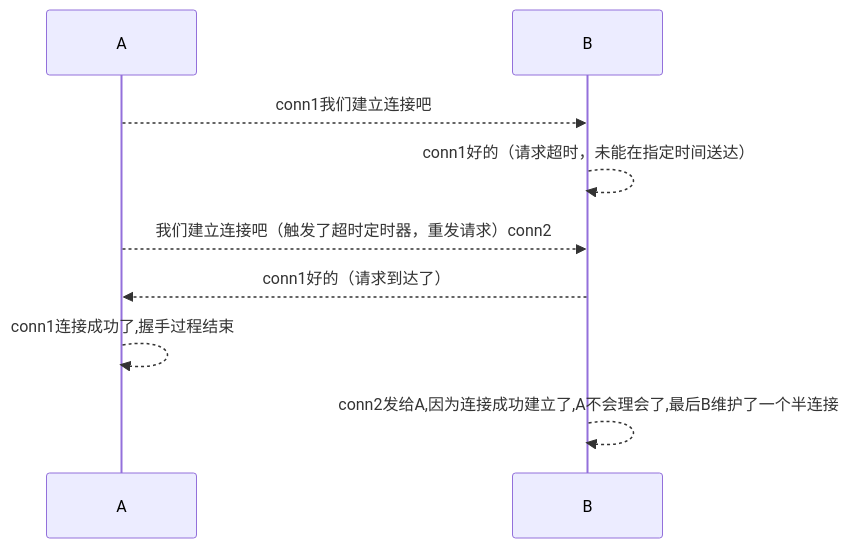
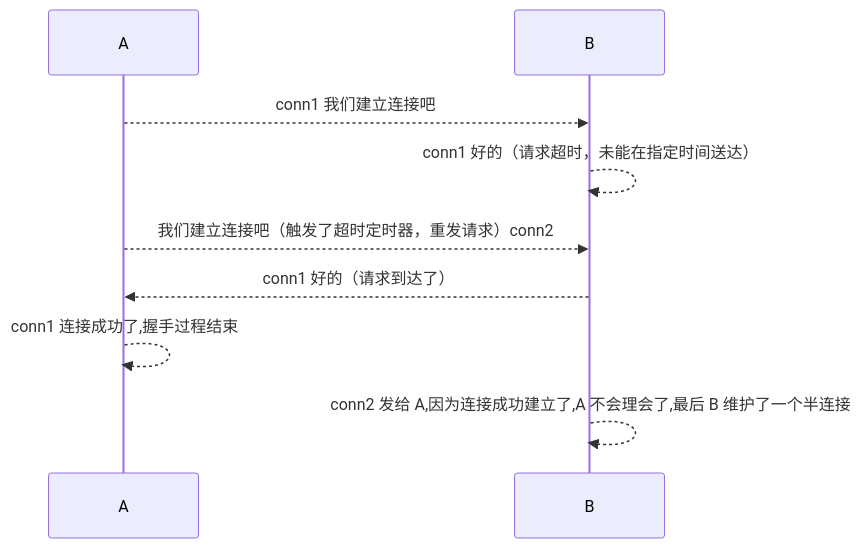
Before and after one commit to csliujw/CodeNotes: diagram 15 of 16 in CS-Course/计算机网络-自顶向下方法.md, drawn with Mermaid. The commit also changed other lines of this file and 18 other files, not shown here.

````diff
--- a/CS-Course/计算机网络-自顶向下方法.md
+++ b/CS-Course/计算机网络-自顶向下方法.md
@@ -1086,11 +1083,11 @@
 ```mermaid
 sequenceDiagram
 participant A
 participant B
-A-->>B:conn1我们建立连接吧
-B-->>B:conn1好的（请求超时，未能在指定时间送达）
+A-->>B:conn1 我们建立连接吧
+B-->>B:conn1 好的（请求超时，未能在指定时间送达）
 A-->>B:我们建立连接吧（触发了超时定时器，重发请求）conn2
-B-->>A:conn1好的（请求到达了）
-A-->>A:conn1连接成功了,握手过程结束
-B-->>B:conn2发给A,因为连接成功建立了,A不会理会了,最后B维护了一个半连接
+B-->>A:conn1 好的（请求到达了）
+A-->>A:conn1 连接成功了,握手过程结束
+B-->>B:conn2 发给 A,因为连接成功建立了,A 不会理会了,最后 B 维护了一个半连接
 ```
````
